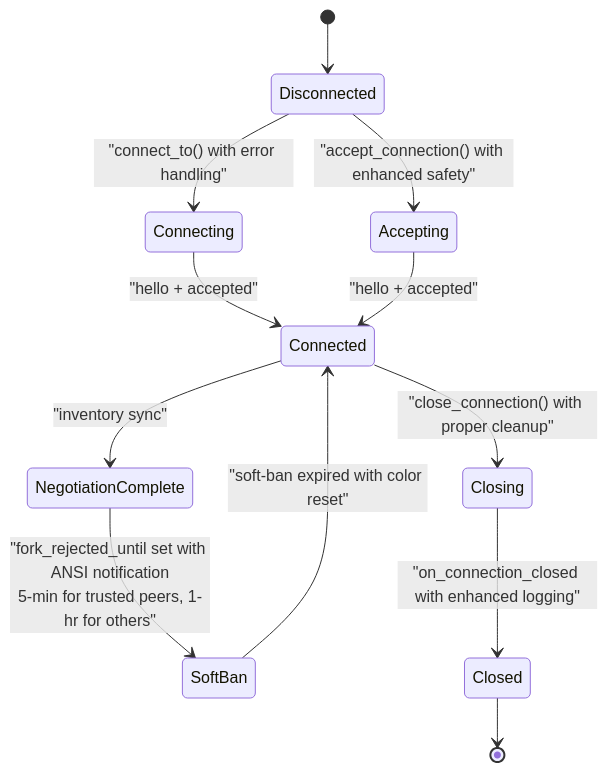
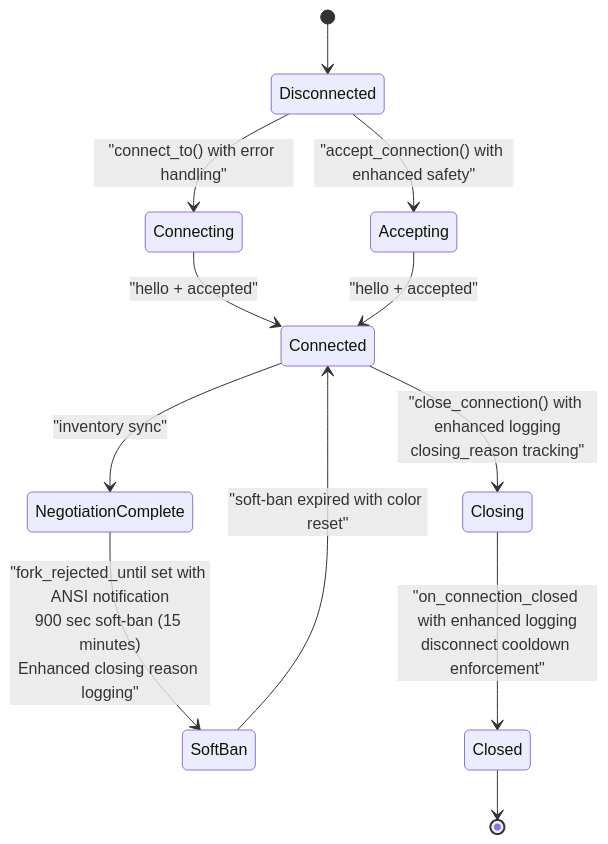
Before and after one commit to VIZ-Blockchain/viz-cpp-node: the seventh of 13 diagrams in .qoder/repowiki/en/content/Architecture Overview/Core Libraries/Network Library/Peer Connection Management.md, drawn with Mermaid. The commit also changed other lines of this file and 9 other files, not shown here.

````diff
--- a/.qoder/repowiki/en/content/Architecture Overview/Core Libraries/Network Library/Peer Connection Management.md
+++ b/.qoder/repowiki/en/content/Architecture Overview/Core Libraries/Network Library/Peer Connection Management.md
@@ -415,14 +415,14 @@
 ```mermaid
 stateDiagram-v2
 [*] --> Disconnected
 Disconnected --> Connecting : "connect_to() with error handling"
 Disconnected --> Accepting : "accept_connection() with enhanced safety"
 Connecting --> Connected : "hello + accepted"
 Accepting --> Connected : "hello + accepted"
 Connected --> NegotiationComplete : "inventory sync"
-NegotiationComplete --> SoftBan : "fork_rejected_until set with ANSI notification<br/>5-min for trusted peers, 1-hr for others"
+NegotiationComplete --> SoftBan : "fork_rejected_until set with ANSI notification<br/>900 sec soft-ban (15 minutes)<br/>Enhanced closing reason logging"
 SoftBan --> Connected : "soft-ban expired with color reset"
-Connected --> Closing : "close_connection() with proper cleanup"
-Closing --> Closed : "on_connection_closed with enhanced logging"
+Connected --> Closing : "close_connection() with enhanced logging<br/>closing_reason tracking"
+Closing --> Closed : "on_connection_closed with enhanced logging<br/>disconnect cooldown enforcement"
 Closed --> [*]
 ```
````
